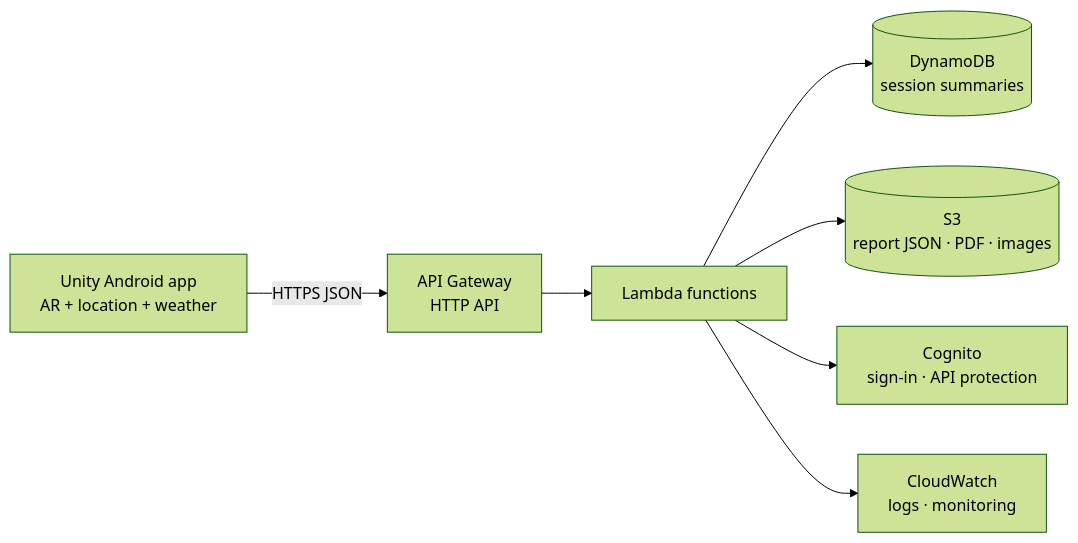
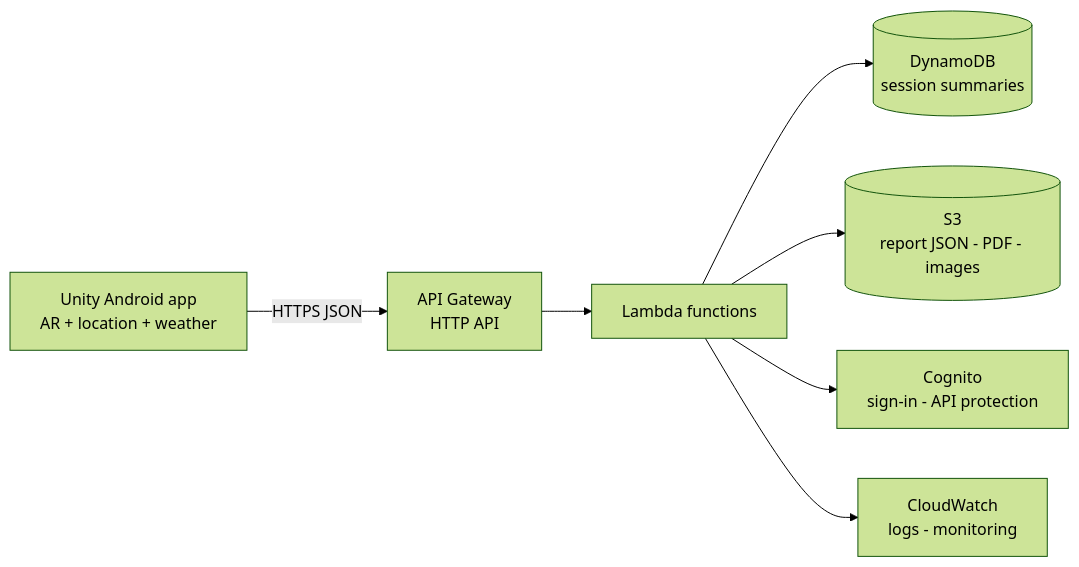
Before and after one commit to Piyush5525/JalNetra: the sixth of 6 diagrams in README.md, drawn with Mermaid (forest theme). The commit also changed other lines of this file and 1 other file, not shown here.

Commit message:
README: fix Mermaid diagrams for GitHub, put Piyush first in the team table

````diff
--- a/README.md
+++ b/README.md
@@ -318,9 +318,9 @@
 ```mermaid
 flowchart LR
   U[Unity Android app<br/>AR + location + weather] -- HTTPS JSON --> G[API Gateway<br/>HTTP API]
   G --> L[Lambda functions]
   L --> D[(DynamoDB<br/>session summaries)]
-  L --> S[(S3<br/>report JSON · PDF · images)]
-  L --> C[Cognito<br/>sign-in · API protection]
-  L --> W[CloudWatch<br/>logs · monitoring]
+  L --> S[(S3<br/>report JSON - PDF - images)]
+  L --> C[Cognito<br/>sign-in - API protection]
+  L --> W[CloudWatch<br/>logs - monitoring]
 ```
````
